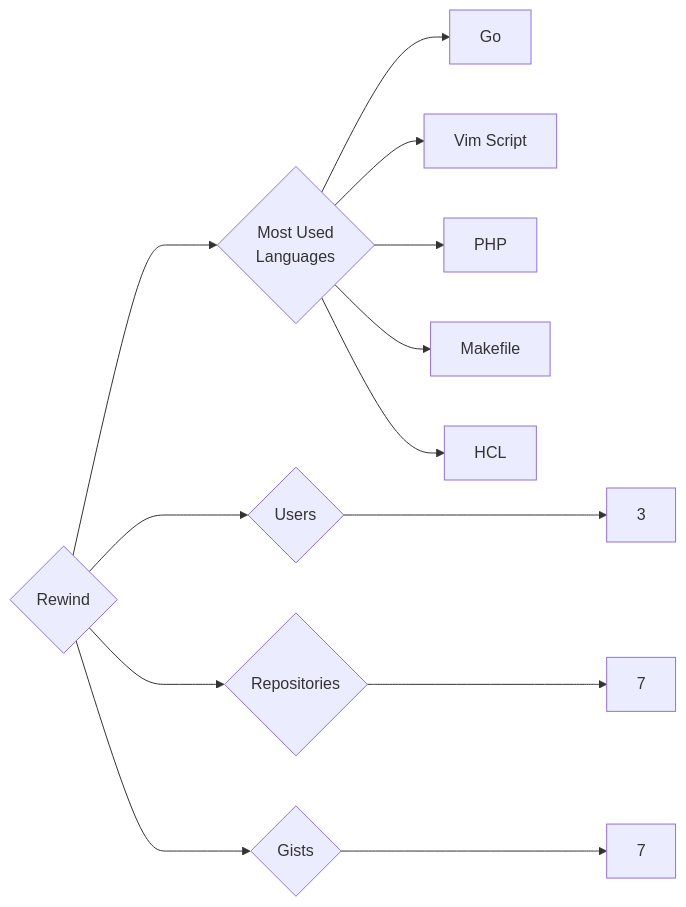
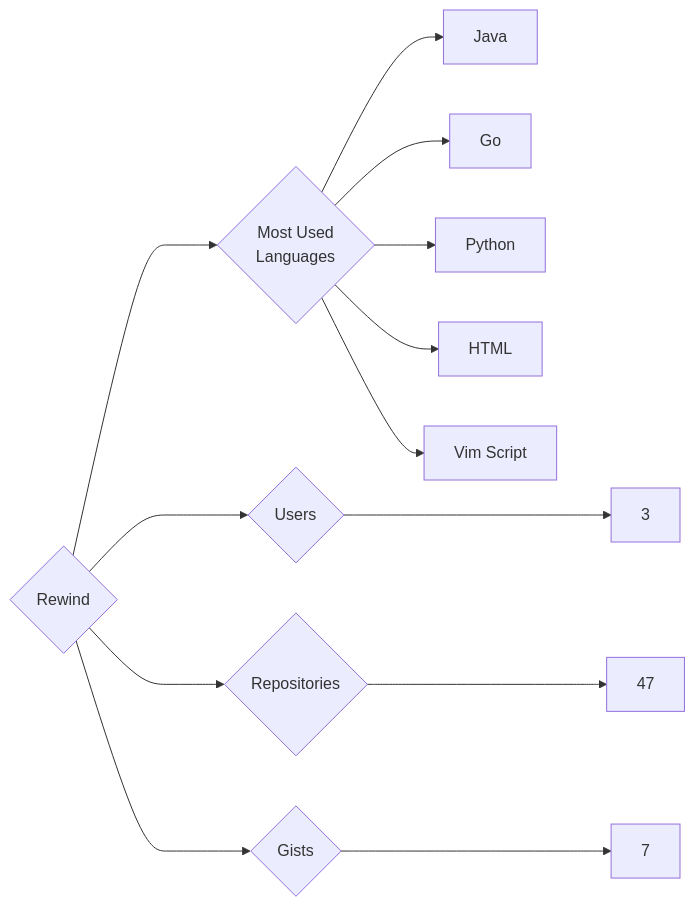
Before and after one commit to trickest/insiders: the diagram in targets/Rewind/README.md, drawn with Mermaid. The commit also changed 597 other files, not shown here.

````diff
--- a/targets/Rewind/README.md
+++ b/targets/Rewind/README.md
@@ -3,13 +3,13 @@
 ```mermaid
 graph LR
 COMPANY_NAME{Rewind}
 COMPANY_NAME ---> U{Users} ---> UN[3]
-COMPANY_NAME ---> R{Repositories} ---> RN[7]
+COMPANY_NAME ---> R{Repositories} ---> RN[47]
 COMPANY_NAME ---> G{Gists} ---> GN[7]
 COMPANY_NAME ---> ML{Most Used<br>Languages}
+ML --> Java[Java]
 ML --> Go[Go]
+ML --> Python[Python]
+ML --> HTML[HTML]
 ML --> Vim_Script[Vim Script]
-ML --> PHP[PHP]
-ML --> Makefile[Makefile]
-ML --> HCL[HCL]
 ```
````
